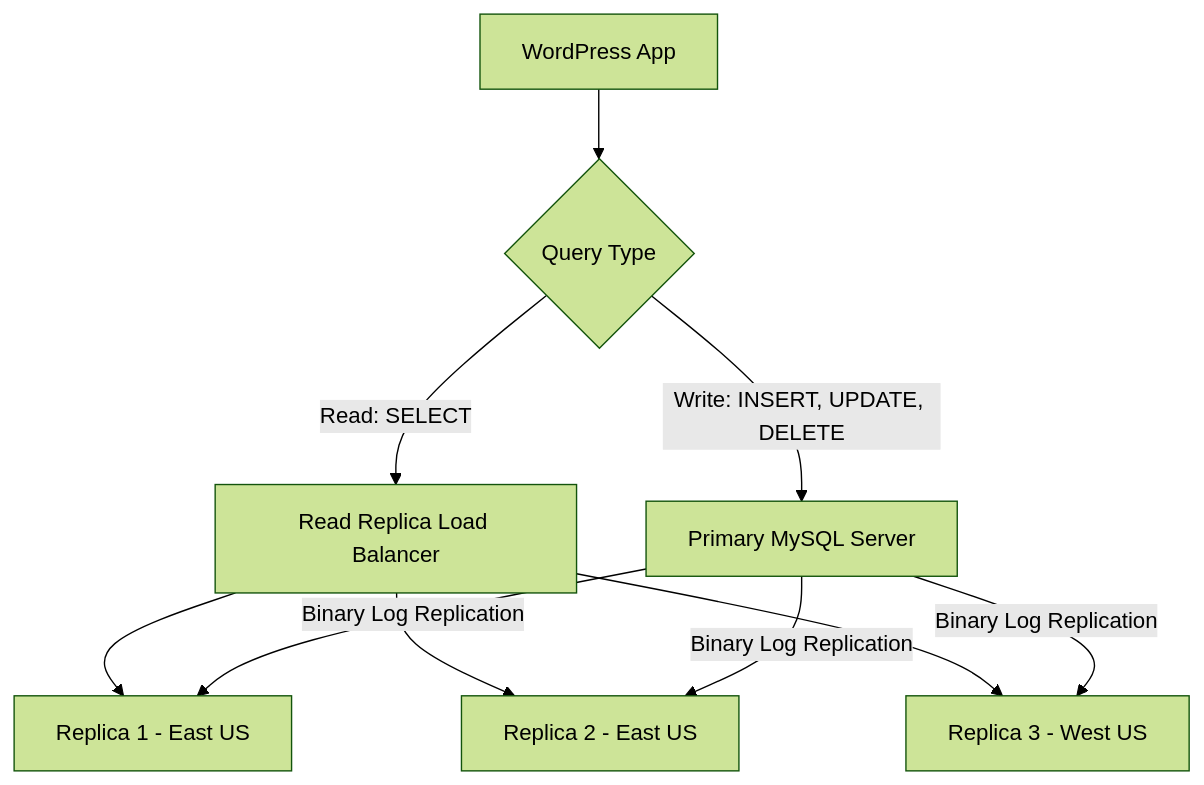
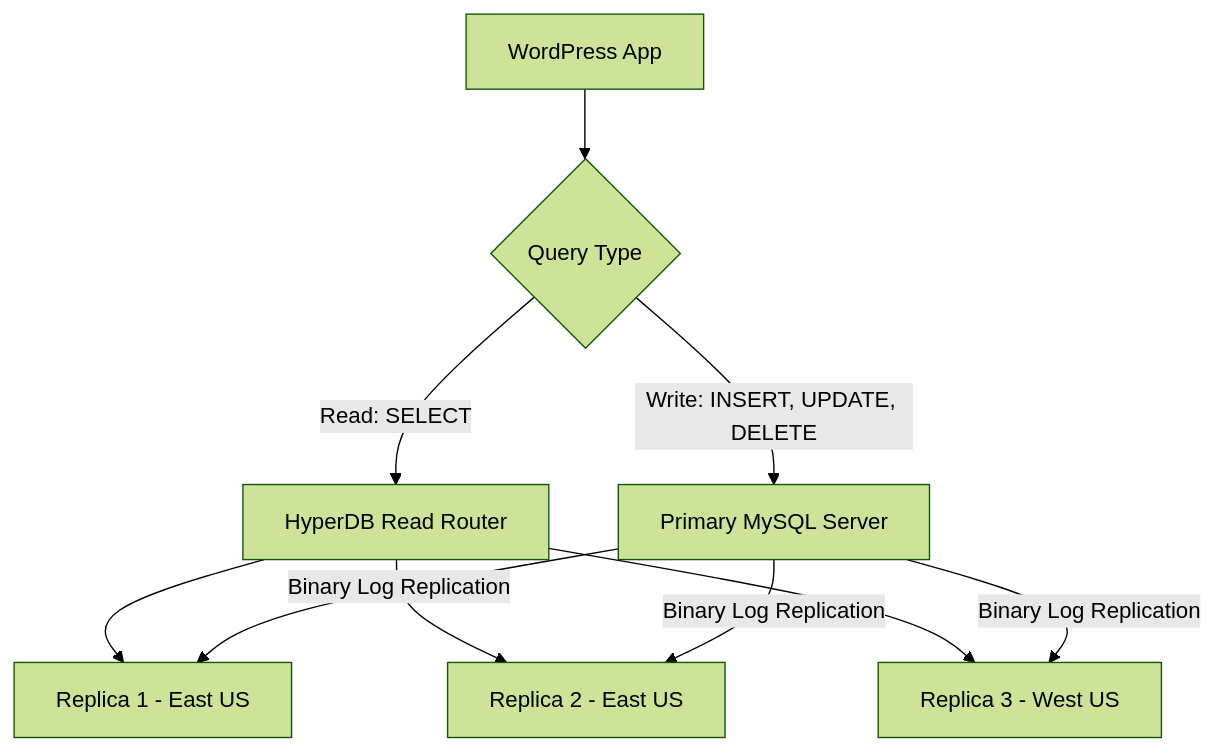
Before and after one commit to OneUptime/blog: the diagram in posts/2026-02-16-azure-database-mysql-wordpress-backend-read-replicas/README.md, drawn with Mermaid (forest theme). The commit also changed other lines of this file and 2 other files, not shown here.

Commit message:
validate: 2026-02-16-azure-database-mysql-wordpress-backend-read-replicas

````diff
--- a/posts/2026-02-16-azure-database-mysql-wordpress-backend-read-replicas/README.md
+++ b/posts/2026-02-16-azure-database-mysql-wordpress-backend-read-replicas/README.md
@@ -120,12 +110,12 @@
 ```mermaid
 flowchart TD
     A[WordPress App] --> B{Query Type}
     B -->|Write: INSERT, UPDATE, DELETE| C[Primary MySQL Server]
-    B -->|Read: SELECT| D[Read Replica Load Balancer]
+    B -->|Read: SELECT| D[HyperDB Read Router]
     D --> E[Replica 1 - East US]
     D --> F[Replica 2 - East US]
     D --> G[Replica 3 - West US]
     C -->|Binary Log Replication| E
     C -->|Binary Log Replication| F
     C -->|Binary Log Replication| G
 ```
````
